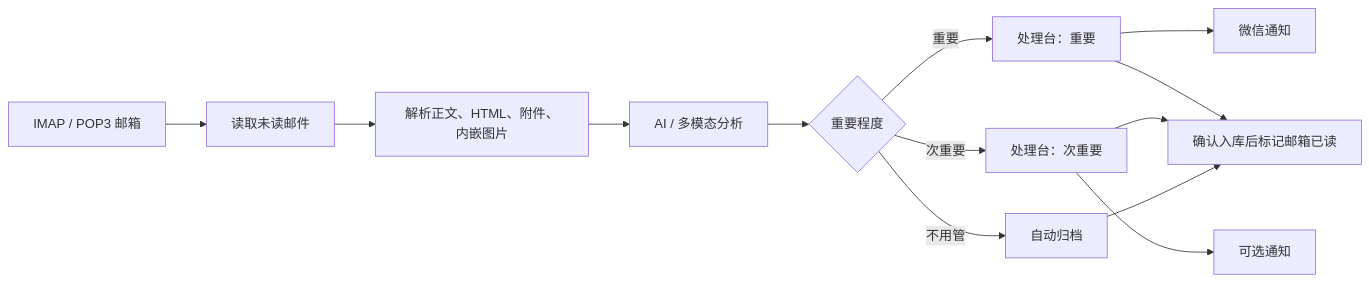
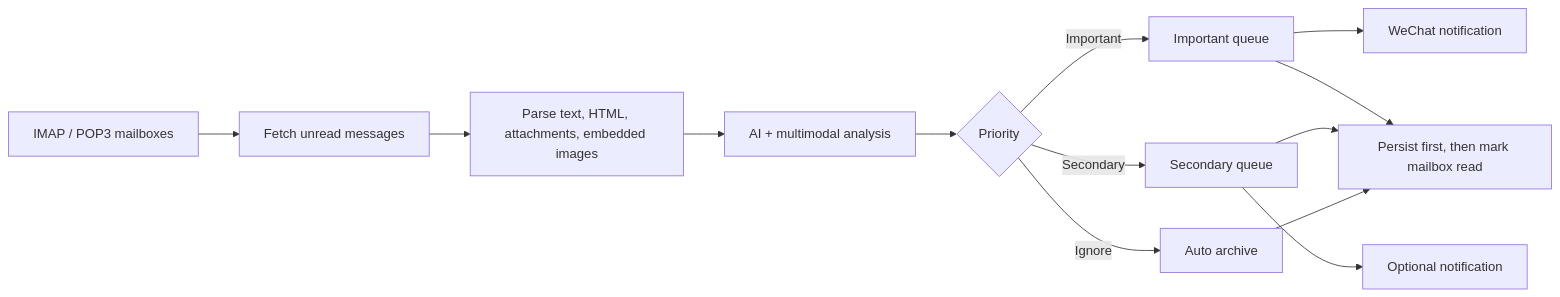
One commit to Ha22yX/auto-email-system changed the diagram in README.md. Above: the diagram before and after it, drawn with Mermaid. The commit also changed other lines of this file and 1 other file, not shown here.

Commit message:
Make README English-first with Chinese version

````diff
--- a/README.md
+++ b/README.md
@@ -50,15 +53,15 @@
 ```mermaid
 flowchart LR
-  A["IMAP / POP3 邮箱"] --> B["读取未读邮件"]
-  B --> C["解析正文、HTML、附件、内嵌图片"]
-  C --> D["AI / 多模态分析"]
-  D --> E{"重要程度"}
-  E -->|重要| F["处理台：重要"]
-  E -->|次重要| G["处理台：次重要"]
-  E -->|不用管| H["自动归档"]
-  F --> I["微信通知"]
-  G --> J["可选通知"]
-  F --> K["确认入库后标记邮箱已读"]
+  A["IMAP / POP3 mailboxes"] --> B["Fetch unread messages"]
+  B --> C["Parse text, HTML, attachments, embedded images"]
+  C --> D["AI + multimodal analysis"]
+  D --> E{"Priority"}
+  E -->|Important| F["Important queue"]
+  E -->|Secondary| G["Secondary queue"]
+  E -->|Ignore| H["Auto archive"]
+  F --> I["WeChat notification"]
+  G --> J["Optional notification"]
+  F --> K["Persist first, then mark mailbox read"]
   G --> K
   H --> K
 ```
````
